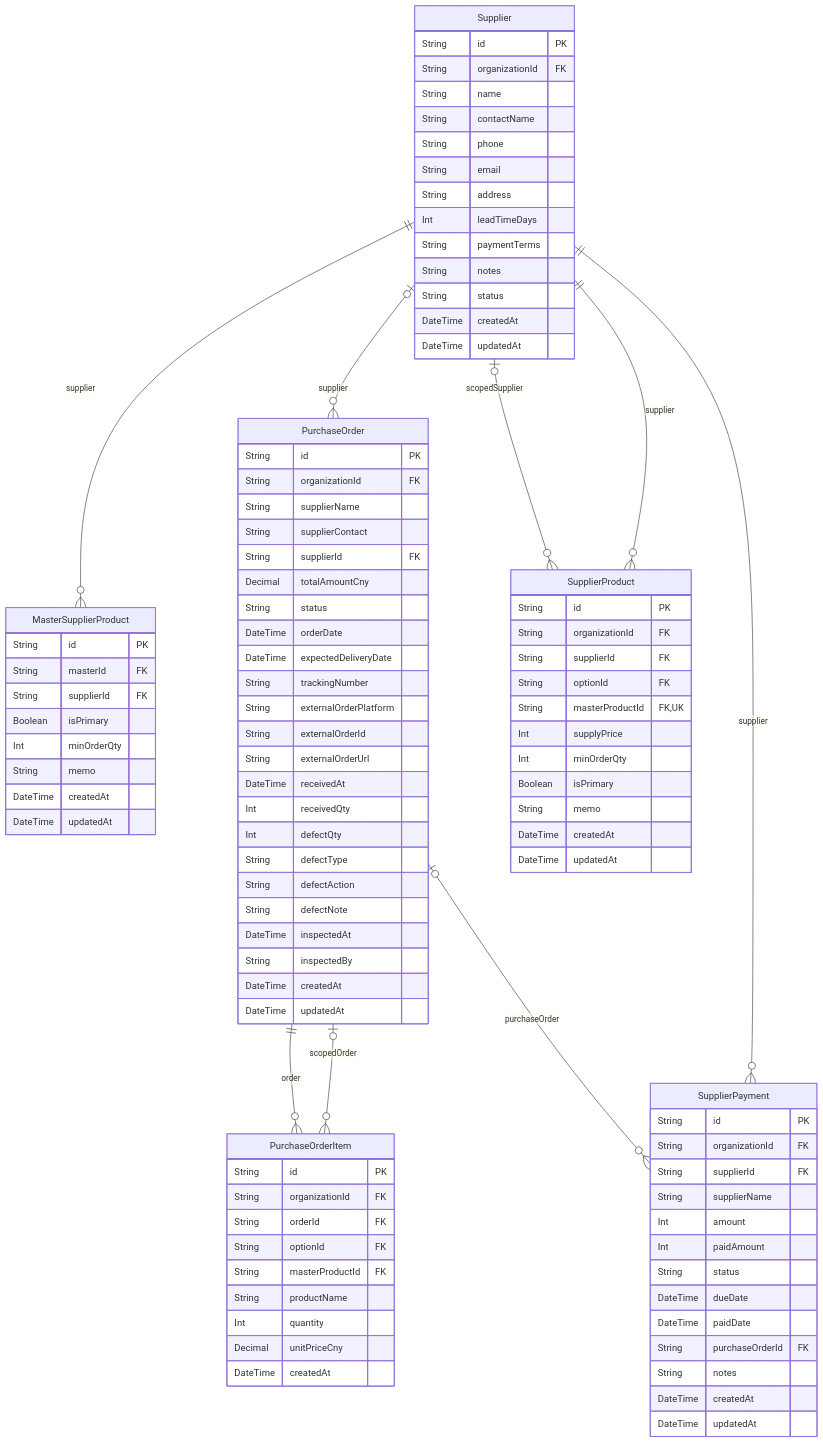
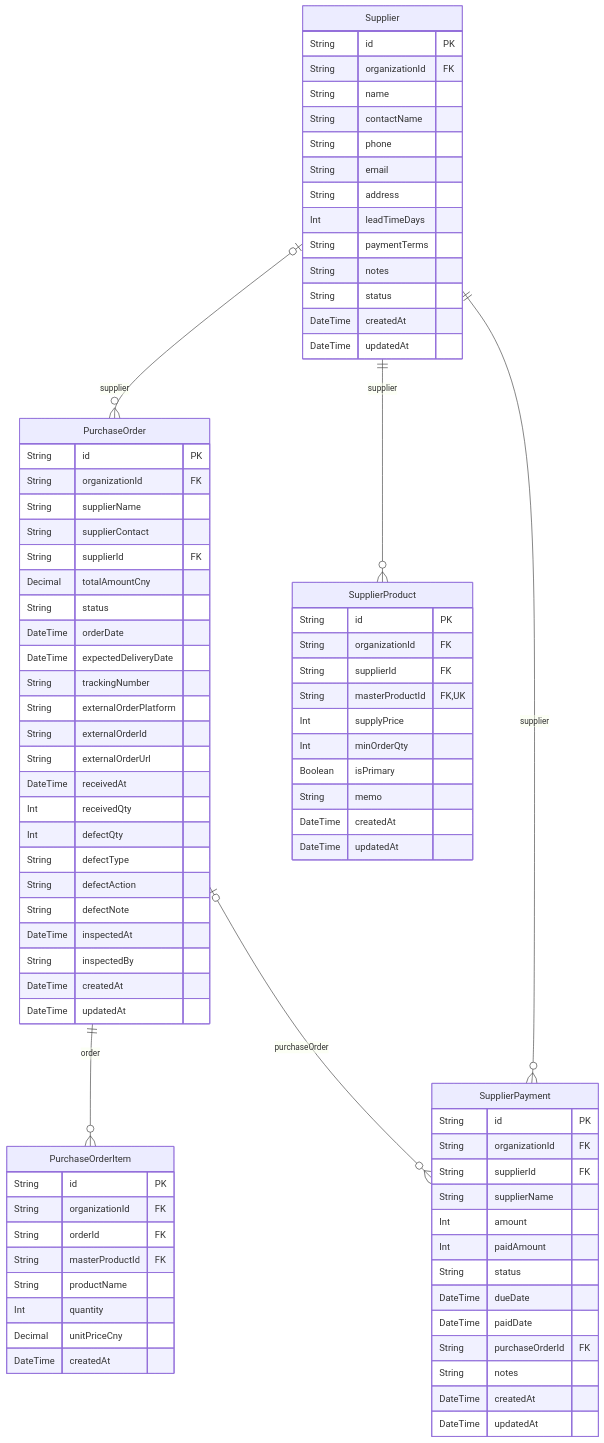
Before and after one commit to AgentFoundry-Labs/kiditem: the diagram in docs/erd/supply.md, drawn with Mermaid. The commit also changed other lines of this file and 33 other files, not shown here.

````diff
--- a/docs/erd/supply.md
+++ b/docs/erd/supply.md
@@ -21,15 +20,5 @@
 ```mermaid
 erDiagram
-  MasterSupplierProduct {
-    String id PK
-    String masterId FK
-    String supplierId FK
-    Boolean isPrimary
-    Int minOrderQty
-    String memo
-    DateTime createdAt
-    DateTime updatedAt
-  }
   PurchaseOrder {
     String id PK
     String organizationId FK
@@ -59,7 +48,6 @@
     String id PK
     String organizationId FK
     String orderId FK
-    String optionId FK
     String masterProductId FK
     String productName
     Int quantity
@@ -100,7 +88,6 @@
     String id PK
     String organizationId FK
     String supplierId FK
-    String optionId FK
     String masterProductId FK,UK
     Int supplyPrice
     Int minOrderQty
@@ -110,11 +97,8 @@
     DateTime updatedAt
   }
   PurchaseOrder ||--o{ PurchaseOrderItem : "order"
-  PurchaseOrder o|--o{ PurchaseOrderItem : "scopedOrder"
   PurchaseOrder o|--o{ SupplierPayment : "purchaseOrder"
-  Supplier ||--o{ MasterSupplierProduct : "supplier"
   Supplier o|--o{ PurchaseOrder : "supplier"
   Supplier ||--o{ SupplierPayment : "supplier"
-  Supplier o|--o{ SupplierProduct : "scopedSupplier"
   Supplier ||--o{ SupplierProduct : "supplier"
 ```
````
